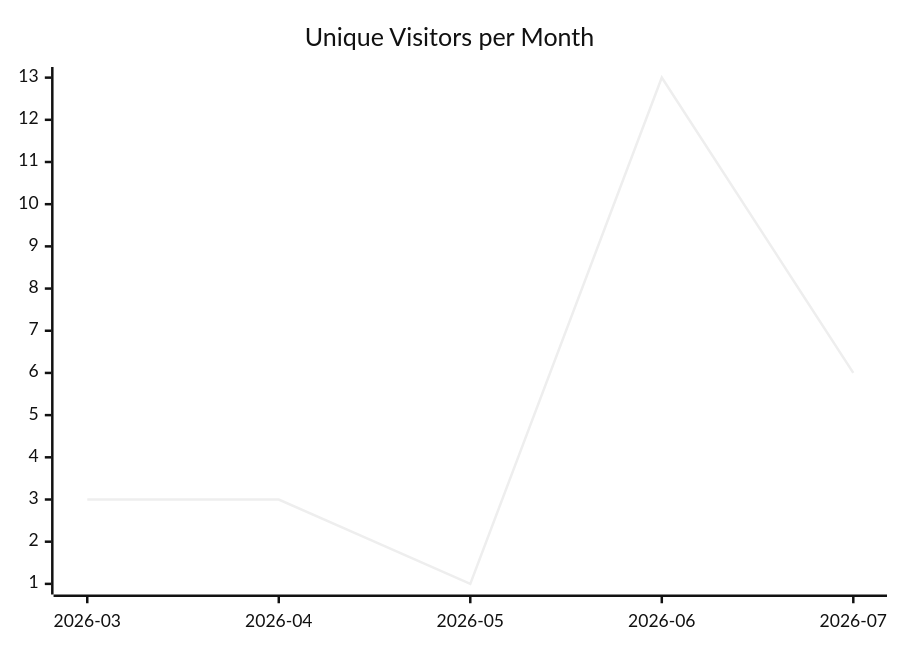
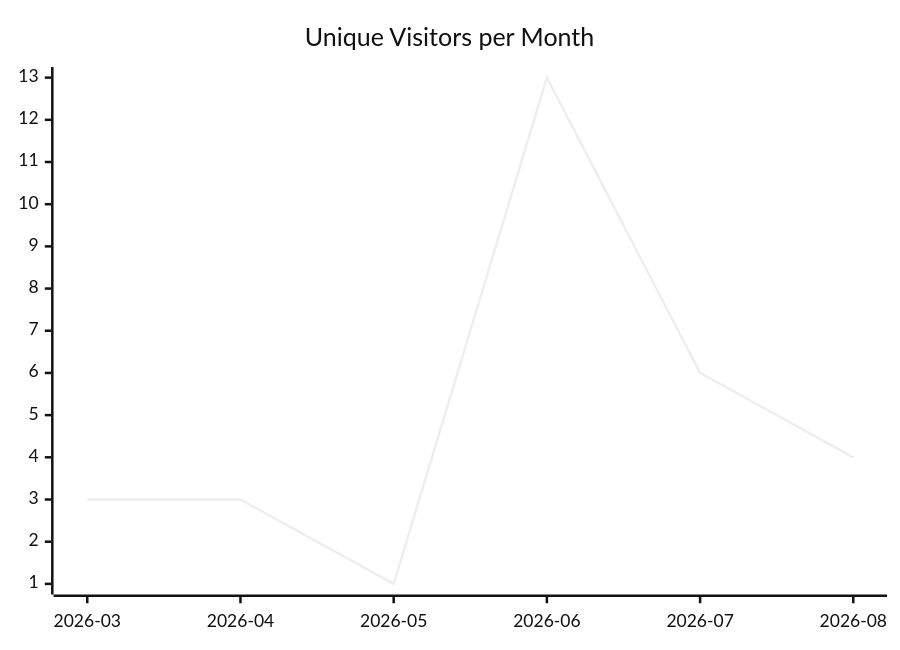
One commit to justdavis-family/github-analytics-data changed the first of 3 diagrams in karlmdavis/rps-tourney/README.md. Above: the diagram before and after it, drawn with Mermaid (neutral theme). The commit also changed other lines of this file and 180 other files, not shown here.

````diff
--- a/karlmdavis/rps-tourney/README.md
+++ b/karlmdavis/rps-tourney/README.md
@@ -5,6 +5,6 @@
 ```mermaid
 xychart-beta
   title "Unique Visitors per Month"
-  x-axis ["2026-03", "2026-04", "2026-05", "2026-06", "2026-07"]
-  line [3, 3, 1, 13, 6]
+  x-axis ["2026-03", "2026-04", "2026-05", "2026-06", "2026-07", "2026-08"]
+  line [3, 3, 1, 13, 6, 4]
 ```
````
